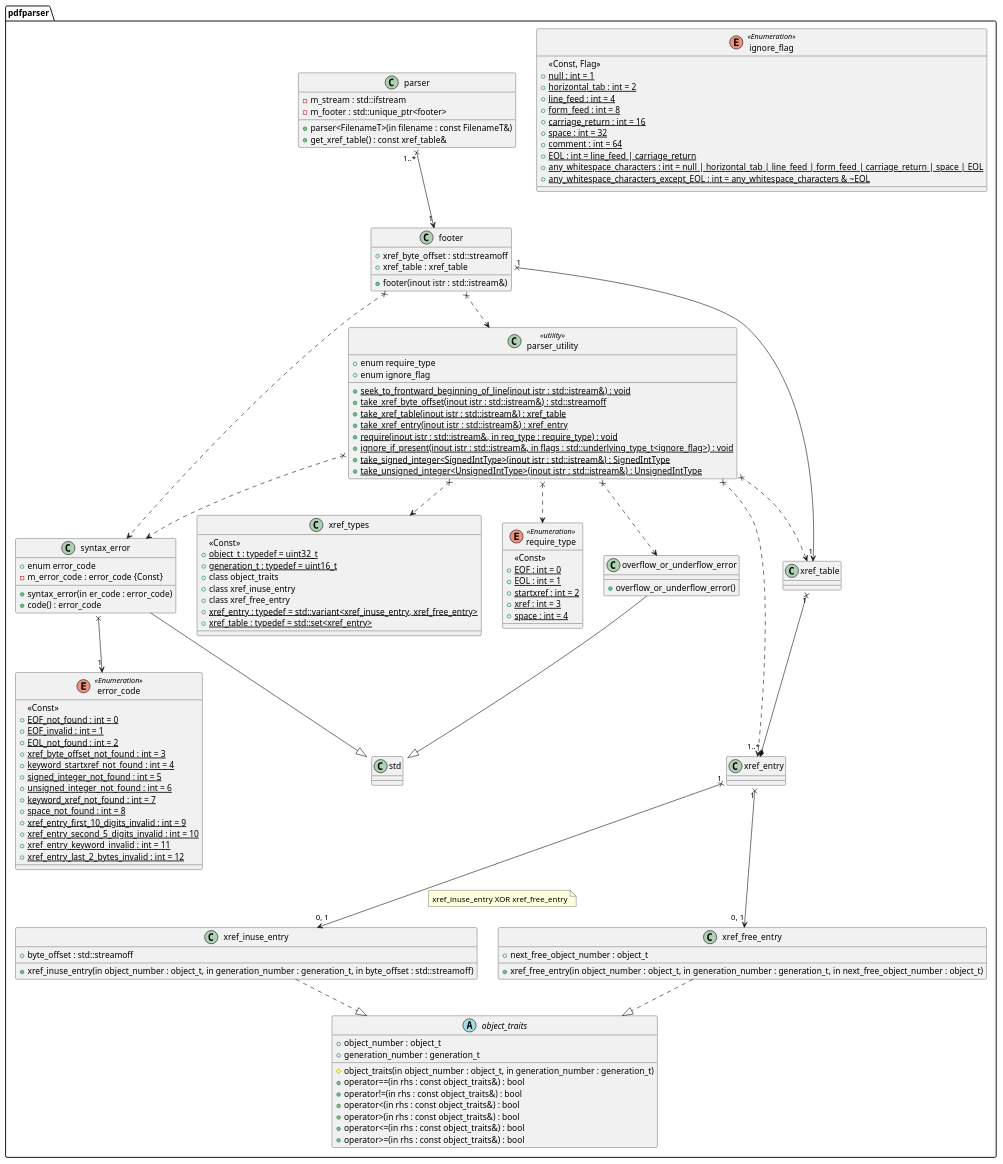
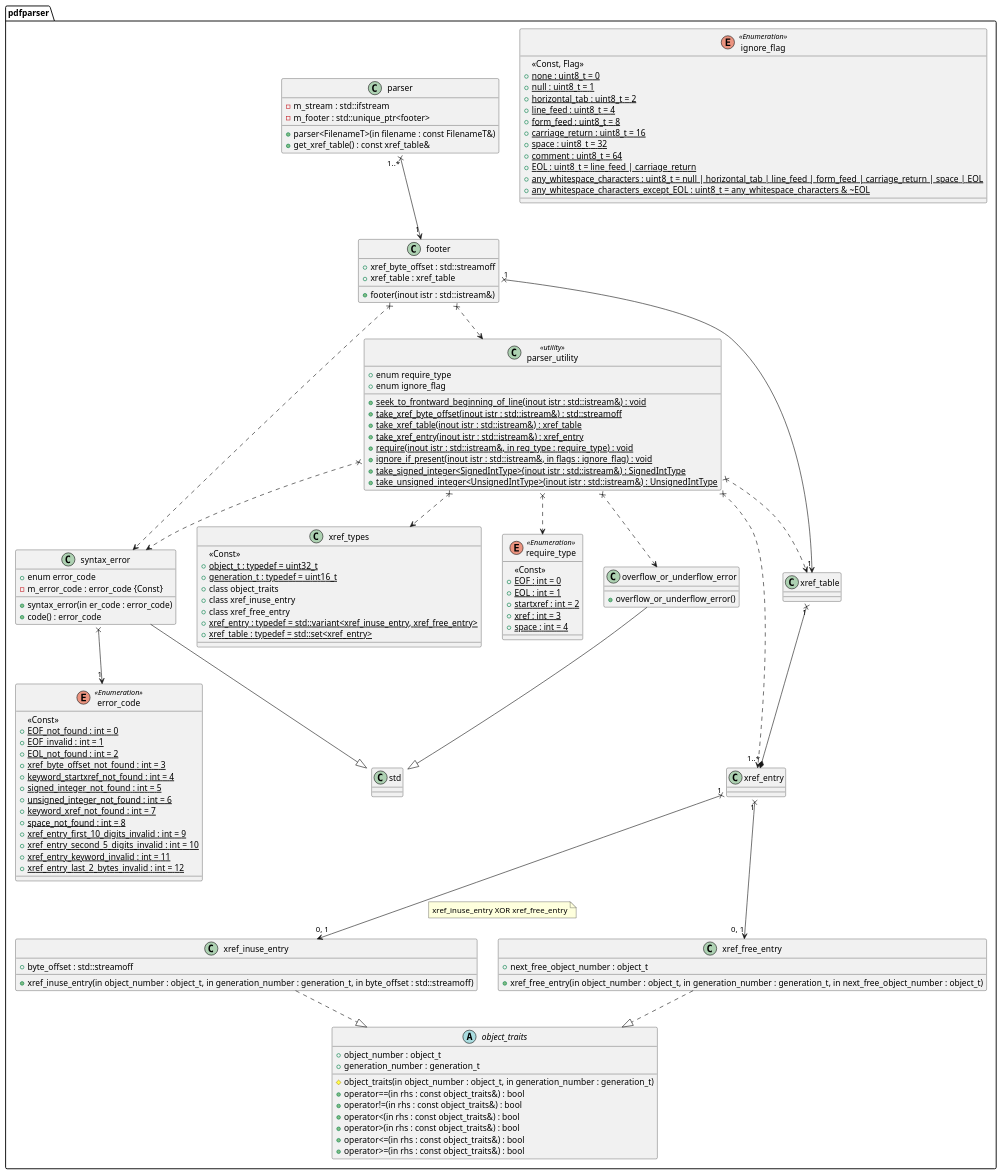
One commit to KodaiYM/PDFReader changed the diagram in document/parser.class.pu. Above: the diagram before and after it, drawn with PlantUML. The commit also changed 3 other files, not shown here.

```diff
--- a/document/parser.class.pu
+++ b/document/parser.class.pu
@@ -1,137 +1,138 @@
 @startuml parser
 namespace pdfparser {
 enum require_type <<Enumeration>> {
 	<<Const>>
 	+{static} EOF : int = 0
 	+{static} EOL : int = 1
 	+{static} startxref : int = 2
 	+{static} xref : int = 3
 	+{static} space : int = 4
 }
 enum ignore_flag <<Enumeration>> {
 	<<Const, Flag>>
-	+{static} null : int = 1
-	+{static} horizontal_tab : int = 2
-	+{static} line_feed : int = 4
-	+{static} form_feed : int = 8
-	+{static} carriage_return : int = 16
-	+{static} space : int = 32
-	+{static} comment : int = 64
-	+{static} EOL : int = line_feed | carriage_return
-	+{static} any_whitespace_characters : int = null | horizontal_tab | line_feed | form_feed | carriage_return | space | EOL
-	+{static} any_whitespace_characters_except_EOL : int = any_whitespace_characters & ~EOL
+	+{static} none : uint8_t = 0
+	+{static} null : uint8_t = 1
+	+{static} horizontal_tab : uint8_t = 2
+	+{static} line_feed : uint8_t = 4
+	+{static} form_feed : uint8_t = 8
+	+{static} carriage_return : uint8_t = 16
+	+{static} space : uint8_t = 32
+	+{static} comment : uint8_t = 64
+	+{static} EOL : uint8_t = line_feed | carriage_return
+	+{static} any_whitespace_characters : uint8_t = null | horizontal_tab | line_feed | form_feed | carriage_return | space | EOL
+	+{static} any_whitespace_characters_except_EOL : uint8_t = any_whitespace_characters & ~EOL
 }
 
 class parser {
 	-m_stream : std::ifstream
 	-m_footer : std::unique_ptr<footer>
 
 	+parser<FilenameT>(in filename : const FilenameT&)
 	+get_xref_table() : const xref_table&
 }
 parser "1..*" x--> "1" footer
 
 class footer {
 	+xref_byte_offset : std::streamoff
 	+xref_table : xref_table
 
 	+footer(inout istr : std::istream&)
 }
 footer x..> syntax_error
 footer x..> parser_utility
 footer "1" x--> "1" xref_table
 
 class parser_utility <<utility>> {
 	+enum require_type
 	+enum ignore_flag
 
 	+{static} seek_to_frontward_beginning_of_line(inout istr : std::istream&) : void
 	+{static} take_xref_byte_offset(inout istr : std::istream&) : std::streamoff
 	+{static} take_xref_table(inout istr : std::istream&) : xref_table
 	+{static} take_xref_entry(inout istr : std::istream&) : xref_entry
 	+{static} require(inout istr : std::istream&, in req_type : require_type) : void
-	+{static} ignore_if_present(inout istr : std::istream&, in flags : std::underlying_type_t<ignore_flag>) : void
+	+{static} ignore_if_present(inout istr : std::istream&, in flags : ignore_flag) : void
 	+{static} take_signed_integer<SignedIntType>(inout istr : std::istream&) : SignedIntType
 	+{static} take_unsigned_integer<UnsignedIntType>(inout istr : std::istream&) : UnsignedIntType
 }
 parser_utility x..> require_type
 parser_utility x..> syntax_error
 parser_utility x..> overflow_or_underflow_error
 parser_utility x..> xref_table
 parser_utility x..> xref_entry
 parser_utility x..> xref_types
 
 enum error_code <<Enumeration>> {
 	<<Const>>
 	+{static} EOF_not_found : int = 0
 	+{static} EOF_invalid : int = 1
 	+{static} EOL_not_found : int = 2
 	+{static} xref_byte_offset_not_found : int = 3
 	+{static} keyword_startxref_not_found : int = 4
 	+{static} signed_integer_not_found : int = 5
 	+{static} unsigned_integer_not_found : int = 6
 	+{static} keyword_xref_not_found : int = 7
 	+{static} space_not_found : int = 8
 	+{static} xref_entry_first_10_digits_invalid : int = 9
 	+{static} xref_entry_second_5_digits_invalid : int = 10
 	+{static} xref_entry_keyword_invalid : int = 11
 	+{static} xref_entry_last_2_bytes_invalid : int = 12
 }
 class syntax_error {
 	+enum error_code
 	-m_error_code : error_code {Const}
 
 	+syntax_error(in er_code : error_code)
 	+code() : error_code
 }
 syntax_error --|> std::runtime_error
 syntax_error x--> "1" error_code
 
 class overflow_or_underflow_error {
 	+overflow_or_underflow_error()
 }
 overflow_or_underflow_error --|> std::runtime_error
 
 class xref_types {
 	<<Const>>
 	+{static} object_t : typedef = uint32_t
 	+{static} generation_t : typedef = uint16_t
 	+class object_traits
 	+class xref_inuse_entry
 	+class xref_free_entry
 	+{static} xref_entry : typedef = std::variant<xref_inuse_entry, xref_free_entry>
 	+{static} xref_table : typedef = std::set<xref_entry>
 }
 xref_table "1" x--* "1..*" xref_entry
 xref_entry "1" x--> "0, 1" xref_inuse_entry
 note right on link
 xref_inuse_entry XOR xref_free_entry
 end note
 xref_entry "1" x--> "0, 1" xref_free_entry
 
 abstract class object_traits {
 	+object_number : object_t
 	+generation_number : generation_t
 
 	#object_traits(in object_number : object_t, in generation_number : generation_t)
 	+operator==(in rhs : const object_traits&) : bool
 	+operator!=(in rhs : const object_traits&) : bool
 	+operator<(in rhs : const object_traits&) : bool
 	+operator>(in rhs : const object_traits&) : bool
 	+operator<=(in rhs : const object_traits&) : bool
 	+operator>=(in rhs : const object_traits&) : bool
 }
 
 class xref_inuse_entry {
 	+xref_inuse_entry(in object_number : object_t, in generation_number : generation_t, in byte_offset : std::streamoff)
 	+byte_offset : std::streamoff
 }
 xref_inuse_entry ..|> object_traits
 
 class xref_free_entry {
 	+xref_free_entry(in object_number : object_t, in generation_number : generation_t, in next_free_object_number : object_t)
 	+next_free_object_number : object_t
 }
 xref_free_entry ..|> object_traits
 }
 @enduml
```
